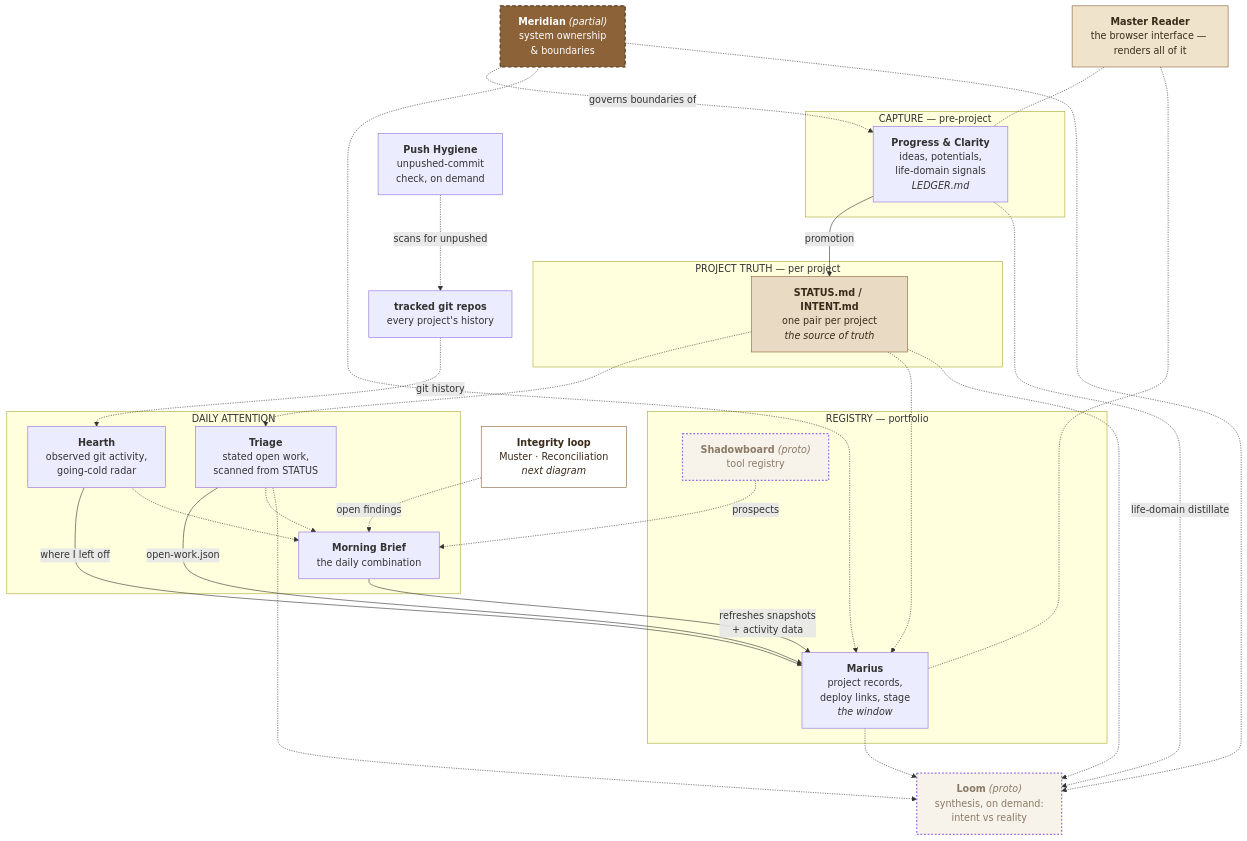
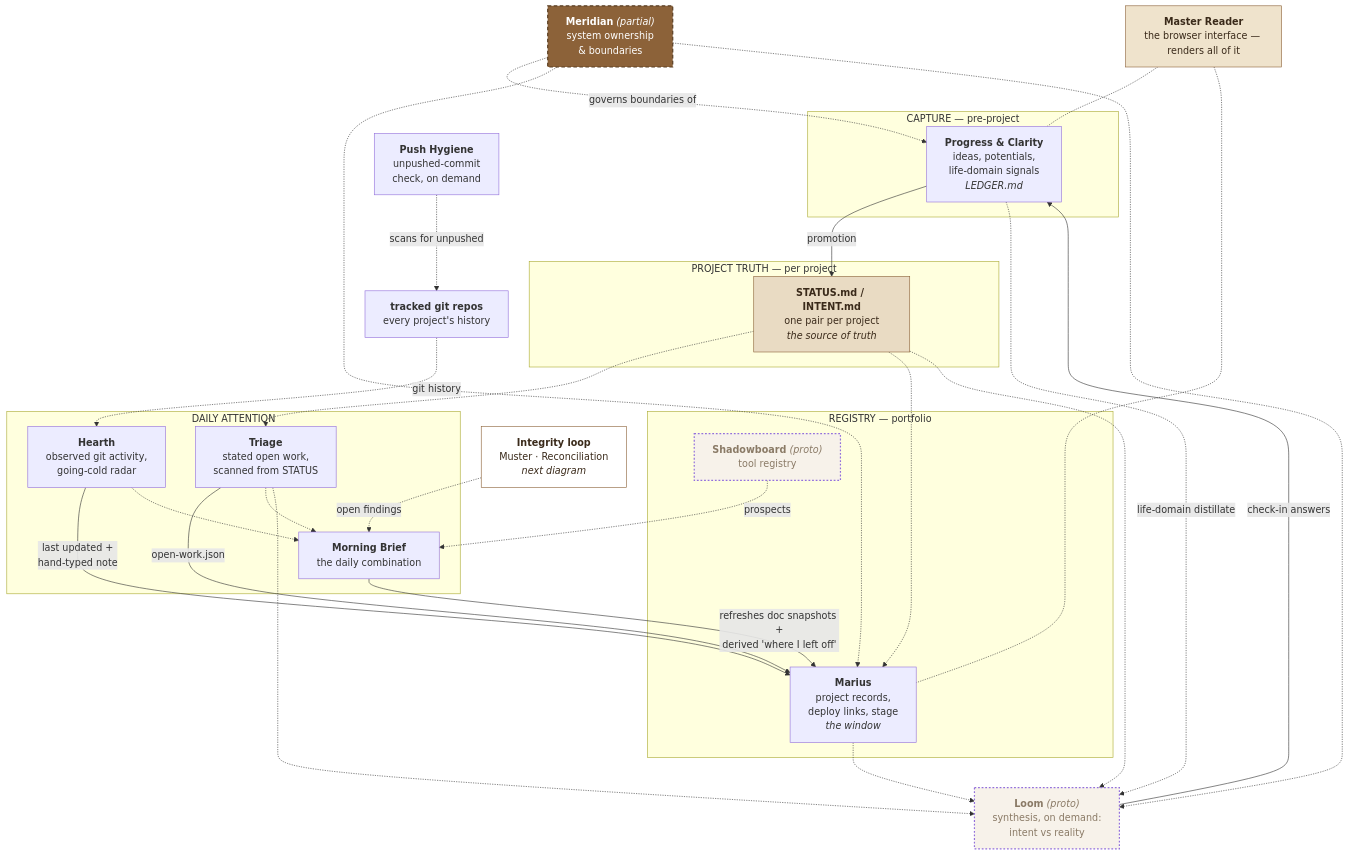
One commit to cubicleaf/The-Ecosystem changed the first of 2 diagrams in ECOSYSTEM-GUIDE.md. Above: the diagram before and after it, drawn with Mermaid. The commit also changed other lines of this file, not shown here.

First line of the commit message:
Correct guide against code: where-I-left-off source, ledger writers, schedules

````diff
--- a/ECOSYSTEM-GUIDE.md
+++ b/ECOSYSTEM-GUIDE.md
@@ -228,60 +228,61 @@
 ```mermaid
 flowchart TB
     subgraph capture["CAPTURE — pre-project"]
         PC["<b>Progress &amp; Clarity</b><br/>ideas, potentials,<br/>life-domain signals<br/><i>LEDGER.md</i>"]
     end
 
     subgraph truth["PROJECT TRUTH — per project"]
         SI["<b>STATUS.md / INTENT.md</b><br/>one pair per project<br/><i>the source of truth</i>"]
     end
 
     subgraph registry["REGISTRY — portfolio"]
         MAR["<b>Marius</b><br/>project records,<br/>deploy links, stage<br/><i>the window</i>"]
         SB["<b>Shadowboard</b> <i>(proto)</i><br/>tool registry"]
     end
 
     subgraph daily["DAILY ATTENTION"]
         TRI["<b>Triage</b><br/>stated open work,<br/>scanned from STATUS"]
         HEA["<b>Hearth</b><br/>observed git activity,<br/>going-cold radar"]
         MB["<b>Morning Brief</b><br/>the daily combination"]
     end
 
     LOOM["<b>Loom</b> <i>(proto)</i><br/>synthesis, on demand:<br/>intent vs reality"]
     GIT["<b>tracked git repos</b><br/>every project's history"]
     PH["<b>Push Hygiene</b><br/>unpushed-commit<br/>check, on demand"]
     INT["<b>Integrity loop</b><br/>Muster · Reconciliation<br/><i>next diagram</i>"]
     MER["<b>Meridian</b> <i>(partial)</i><br/>system ownership<br/>&amp; boundaries"]
     MR["<b>Master Reader</b><br/>the browser interface — renders all of it"]
 
     PC -->|"promotion"| SI
     SI -.-> TRI
     SI -.-> MAR
     TRI -->|"open-work.json"| MAR
     PH -.->|"scans for unpushed"| GIT
     GIT -.->|"git history"| HEA
-    HEA -->|"where I left off"| MAR
+    HEA -->|"last updated +<br/>hand-typed note"| MAR
     TRI -.-> MB
     HEA -.-> MB
     SB -.->|"prospects"| MB
     INT -.->|"open findings"| MB
-    MB -->|"refreshes snapshots<br/>+ activity data"| MAR
+    MB -->|"refreshes doc snapshots +<br/>derived 'where I left off'"| MAR
     PC -.->|"life-domain distillate"| LOOM
+    LOOM -->|"check-in answers"| PC
     SI -.-> LOOM
     MAR -.-> LOOM
     TRI -.-> LOOM
     MER -.->|"governs boundaries of"| PC
     MER -.-> MAR
     MER -.-> LOOM
     MR -.- PC
     MR -.- MAR
 
     classDef partial stroke-dasharray:6 4,stroke-width:2px
     classDef proto stroke-dasharray:3 3,stroke-width:2px,fill:#f7f2ea,color:#8a7a66
     class MER partial
     class LOOM,SB proto
 
     style MER fill:#8c6239,stroke:#5a3f24,color:#fff
     style MR fill:#efe3cc,stroke:#8c6239,color:#3a2a1a
     style SI fill:#e9dbc3,stroke:#8c6239,color:#3a2a1a
     style INT fill:#ffffff,stroke:#8c6239,color:#3a2a1a
 ```
````
